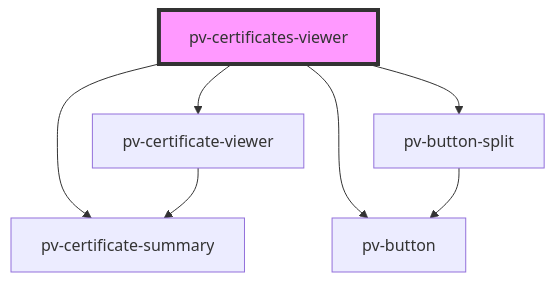
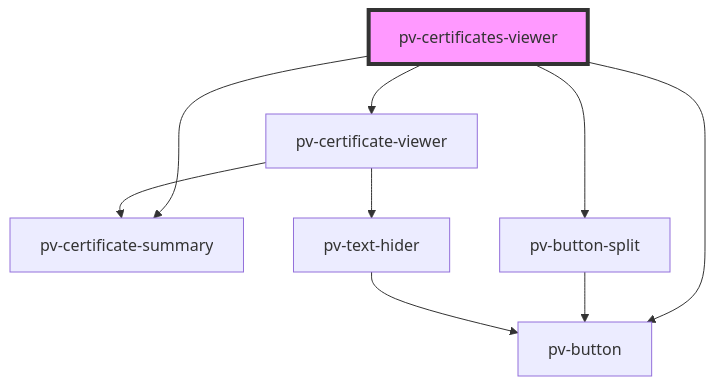
The diagram in src/components/certificates-viewer/readme.md (PeculiarVentures/pv-certificates-viewer), drawn with Mermaid before and after one commit. The commit also changed 10 other files, not shown here.

Commit message:
chore(text-hider): Updated types

````diff
--- a/src/components/certificates-viewer/readme.md
+++ b/src/components/certificates-viewer/readme.md
@@ -25,10 +25,12 @@
 ```mermaid
 graph TD;
   pv-certificates-viewer --> pv-certificate-summary
   pv-certificates-viewer --> pv-button
   pv-certificates-viewer --> pv-button-split
   pv-certificates-viewer --> pv-certificate-viewer
   pv-button-split --> pv-button
+  pv-certificate-viewer --> pv-text-hider
   pv-certificate-viewer --> pv-certificate-summary
+  pv-text-hider --> pv-button
   style pv-certificates-viewer fill:#f9f,stroke:#333,stroke-width:4px
 ```
````
